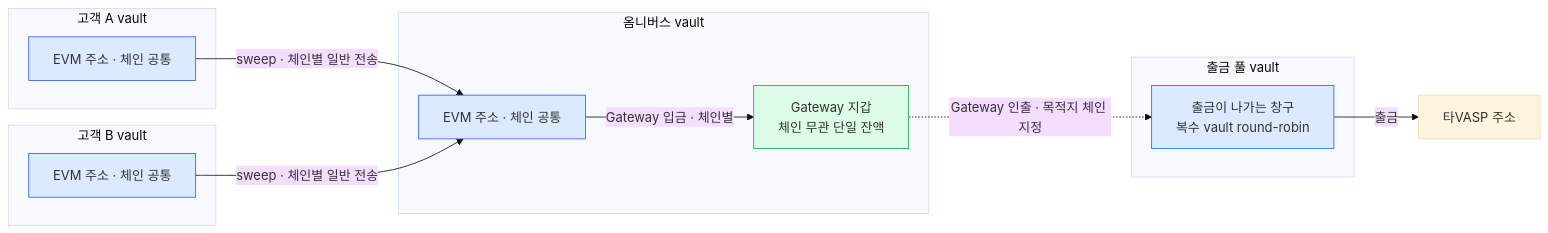
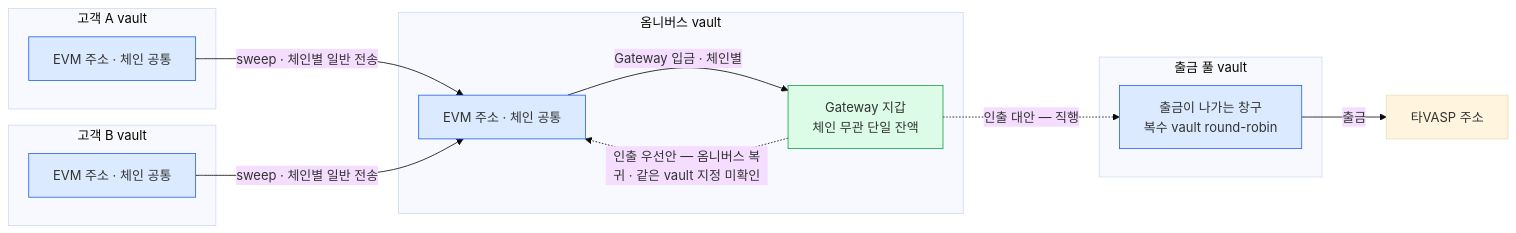
One commit to eunsujeo/eunpus changed the diagram in blockchain-manager/docs/BC/기능검토/03-usdc-gateway-placement.md. Above: the diagram before and after it, drawn with Mermaid (base theme). The commit also changed other lines of this file and 6 other files, not shown here.

````diff
--- a/blockchain-manager/docs/BC/기능검토/03-usdc-gateway-placement.md
+++ b/blockchain-manager/docs/BC/기능검토/03-usdc-gateway-placement.md
@@ -23,26 +23,27 @@
 ```mermaid
 flowchart LR
   subgraph CA["고객 A vault"]
     A["EVM 주소 · 체인 공통"]
   end
   subgraph CB["고객 B vault"]
     B["EVM 주소 · 체인 공통"]
   end
   subgraph OM["옴니버스 vault"]
     O["EVM 주소 · 체인 공통"]
     G["Gateway 지갑<br/>체인 무관 단일 잔액"]
   end
   subgraph WP["출금 풀 vault"]
     W["출금이 나가는 창구<br/>복수 vault round-robin"]
   end
   A -->|sweep · 체인별 일반 전송| O
   B -->|sweep · 체인별 일반 전송| O
   O -->|Gateway 입금 · 체인별| G
-  G -.->|Gateway 인출 · 목적지 체인 지정| W
+  G -.->|인출 우선안 — 옴니버스 복귀 · 같은 vault 지정 미확인| O
+  G -.->|인출 대안 — 직행| W
   W -->|출금| D["타VASP 주소"]
 
   classDef vault fill:#dbeafe,stroke:#2563eb
   classDef good fill:#dcfce7,stroke:#16a34a
   class A,B,O,W vault
   class G good
 ```
````
